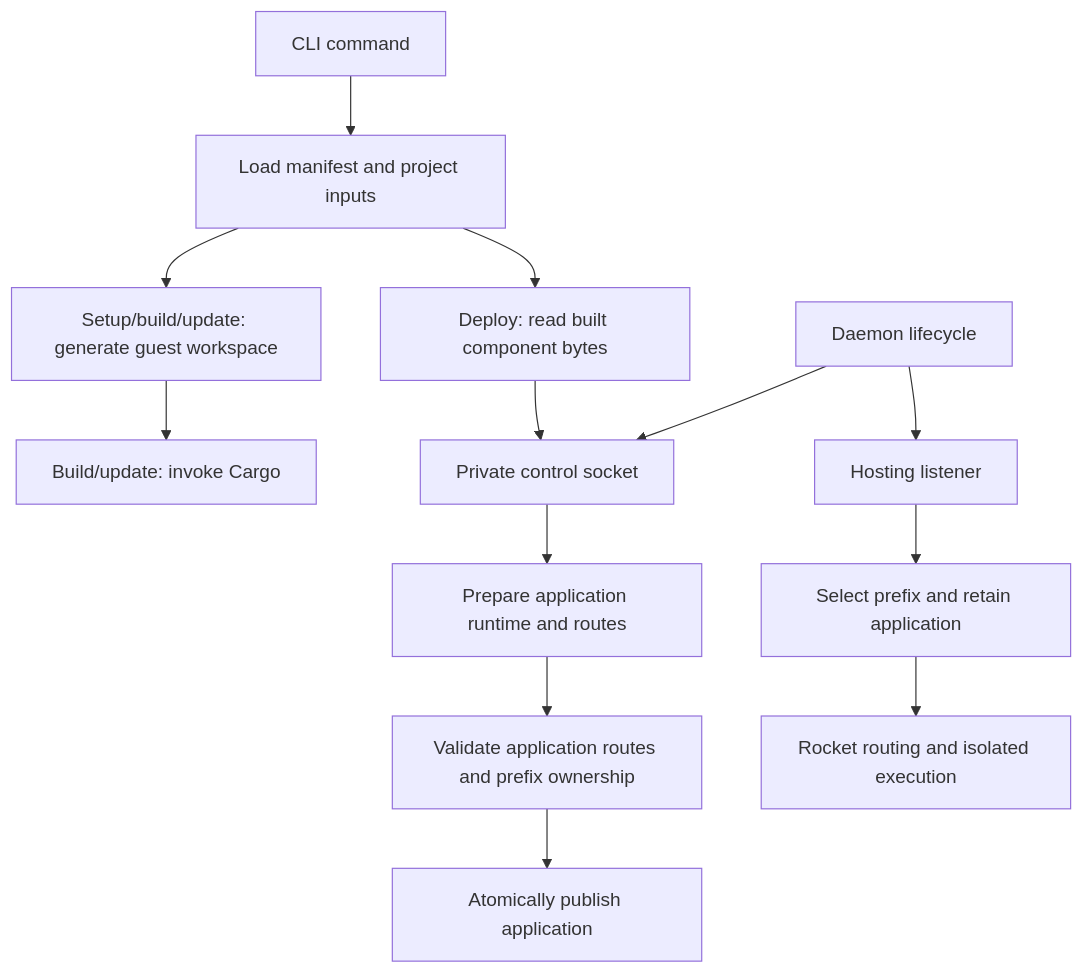
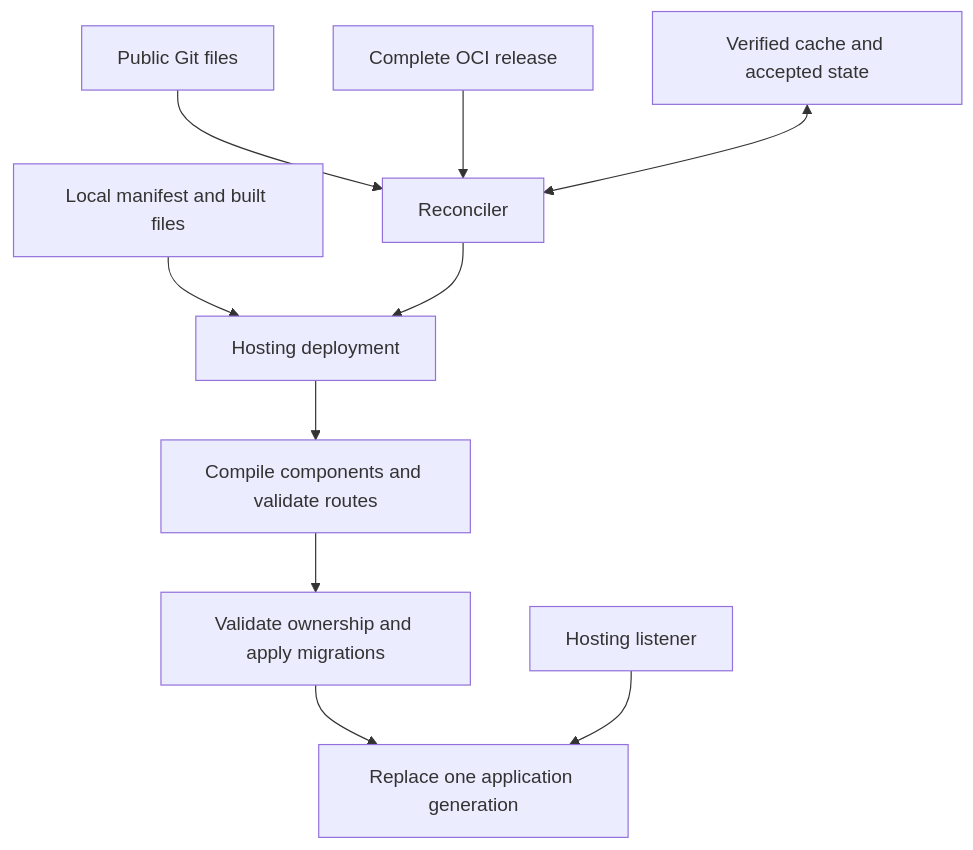
One commit to benjamin-wright/wasm-runner changed the first of 2 diagrams in ARCHITECTURE.md. Above: the diagram before and after it, drawn with Mermaid. The commit also changed other lines of this file and 48 other files, not shown here.

````diff
--- a/ARCHITECTURE.md
+++ b/ARCHITECTURE.md
@@ -82,15 +89,12 @@
 ```mermaid
 flowchart TD
-    CLI[CLI command] --> Project[Load manifest and project inputs]
-    Project --> Generate[Setup/build/update: generate guest workspace]
-    Generate --> Cargo[Build/update: invoke Cargo]
-    Project --> Package[Deploy: read built component bytes]
-    Package --> Control[Private control socket]
-    Control --> Prepare[Prepare application runtime and routes]
-    Prepare --> Validate[Validate application routes and prefix ownership]
-    Validate --> Publish[Atomically publish application]
-    HTTP[Hosting listener] --> Snapshot[Select prefix and retain application]
-    Snapshot --> Dispatch[Rocket routing and isolated execution]
-    Daemon[Daemon lifecycle] --> HTTP
-    Daemon --> Control
+    Local[Local manifest and built files] --> Input[Hosting deployment]
+    Git[Public Git files] --> Reconcile[Reconciler]
+    OCI[Complete OCI release] --> Reconcile
+    Cache[Verified cache and accepted state] <--> Reconcile
+    Reconcile --> Input
+    Input --> Prepare[Compile components and validate routes]
+    Prepare --> Migrate[Validate ownership and apply migrations]
+    Migrate --> Publish[Replace one application generation]
+    HTTP[Hosting listener] --> Publish
 ```
````
